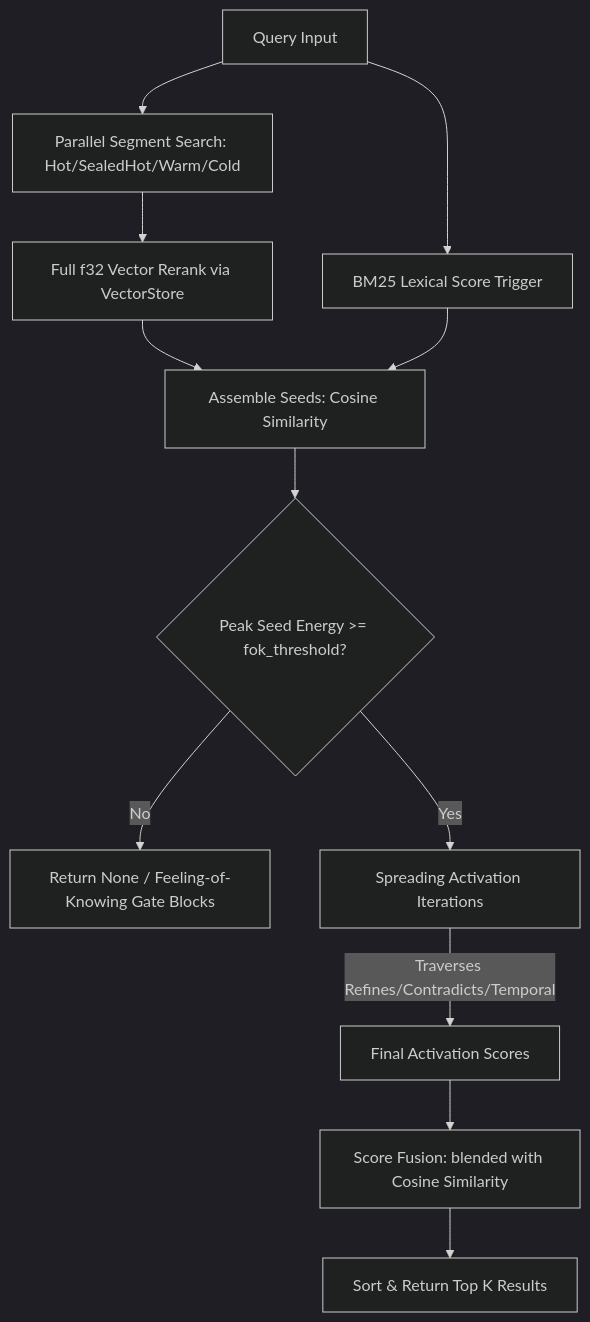
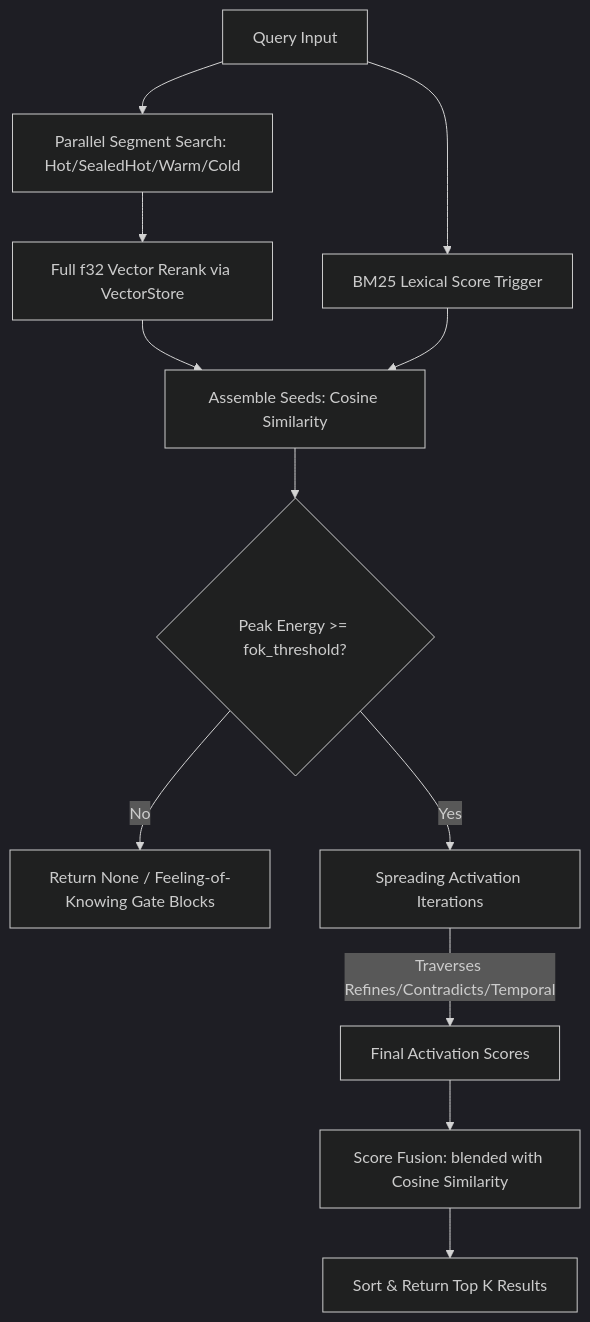
Before and after one commit to jatin711-debug/TurboSupermemory: the third of 3 diagrams in docs/architecture.md, drawn with Mermaid (dark theme). The commit also changed other lines of this file and 7 other files, not shown here.

````diff
--- a/docs/architecture.md
+++ b/docs/architecture.md
@@ -72,14 +72,14 @@
 ```mermaid
 flowchart TD
-    Q[Query Input] --> ANN[Parallel Segment Search: Hot/SealedHot/Warm/Cold]
-    ANN --> Rerank[Full f32 Vector Rerank via VectorStore]
-    Q --> BM25[BM25 Lexical Score Trigger]
-    Rerank --> GraphTrigger[Assemble Seeds: Cosine Similarity]
+    Q["Query Input"] --> ANN["Parallel Segment Search: Hot/SealedHot/Warm/Cold"]
+    ANN --> Rerank["Full f32 Vector Rerank via VectorStore"]
+    Q --> BM25["BM25 Lexical Score Trigger"]
+    Rerank --> GraphTrigger["Assemble Seeds: Cosine Similarity"]
     BM25 --> GraphTrigger
-    GraphTrigger --> FOK{Peak Seed Energy >= fok_threshold?}
-    FOK -- No --> ReturnNone[Return None / Feeling-of-Knowing Gate Blocks]
-    FOK -- Yes --> Spreading[Spreading Activation Iterations]
-    Spreading -- Traverses Refines/Contradicts/Temporal --> FinalEnergy[Final Activation Scores]
-    FinalEnergy --> Fusion[Score Fusion: blended with Cosine Similarity]
-    Fusion --> Sort[Sort & Return Top K Results]
+    GraphTrigger --> FOK{"Peak Energy >= fok_threshold?"}
+    FOK -- "No" --> ReturnNone["Return None / Feeling-of-Knowing Gate Blocks"]
+    FOK -- "Yes" --> Spreading["Spreading Activation Iterations"]
+    Spreading -- "Traverses Refines/Contradicts/Temporal" --> FinalEnergy["Final Activation Scores"]
+    FinalEnergy --> Fusion["Score Fusion: blended with Cosine Similarity"]
+    Fusion --> Sort["Sort & Return Top K Results"]
 ```
````
